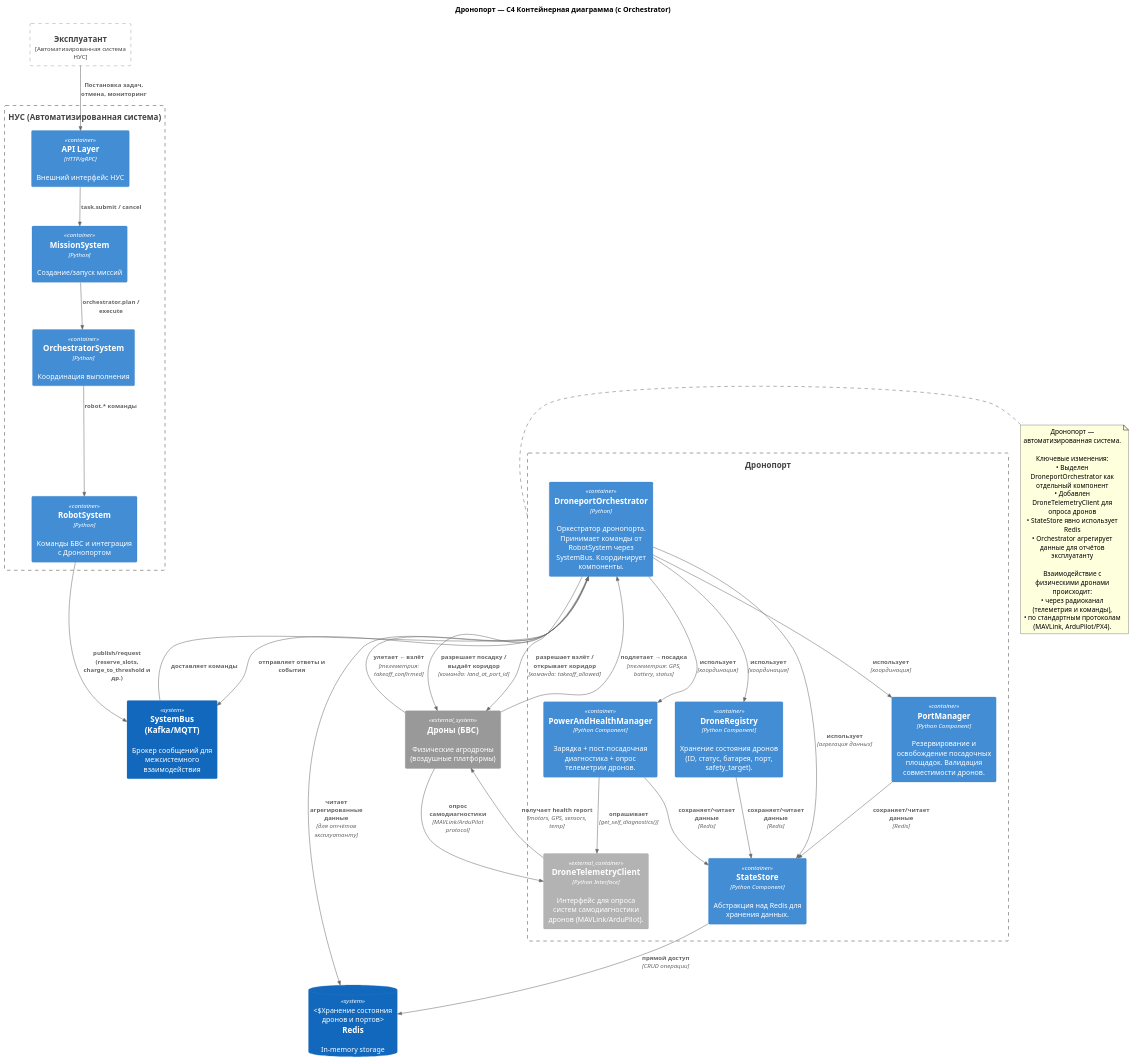
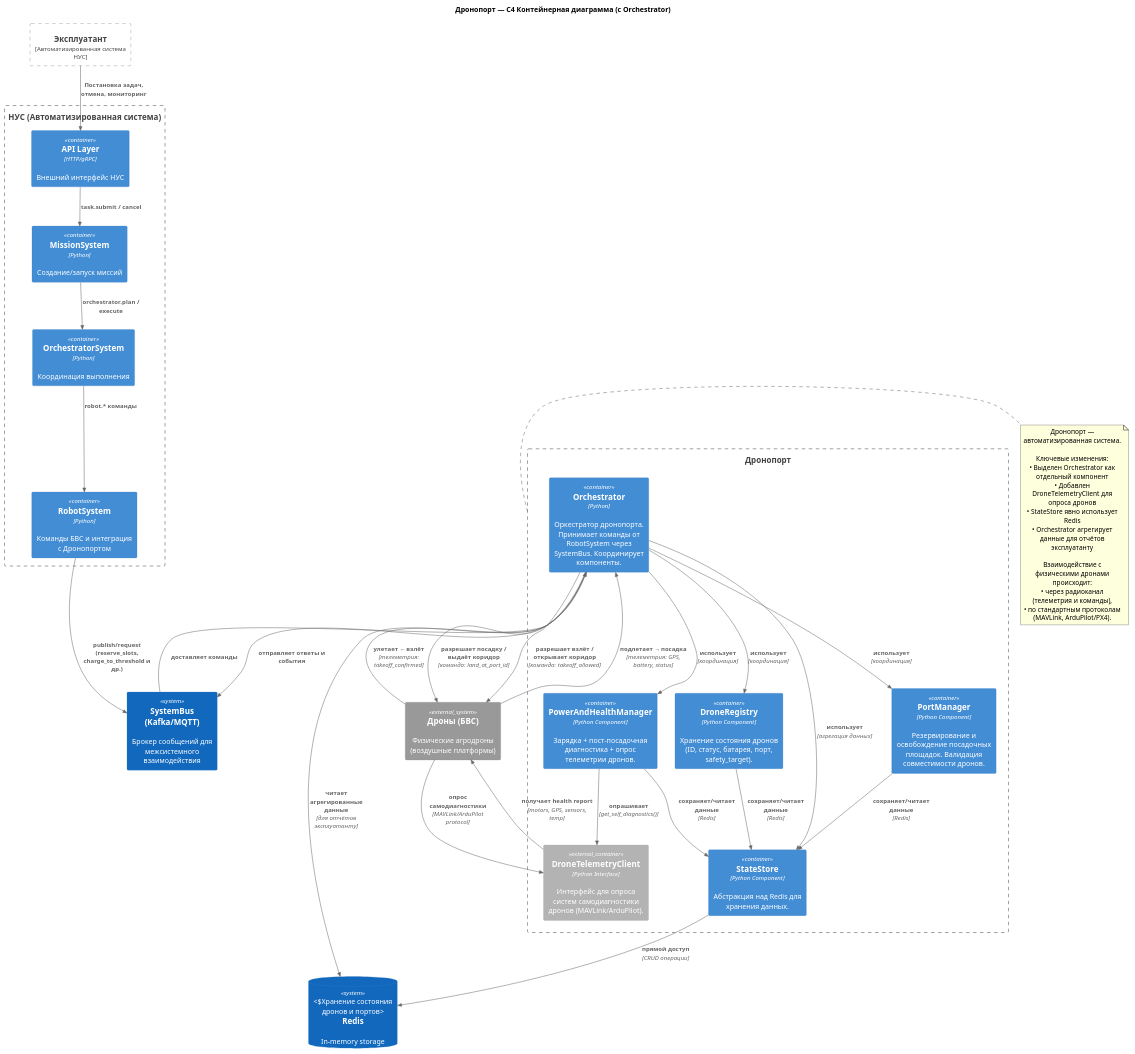
The diagram in systems/drone_port/docs/C4-scheme.puml (Kaitrye/DronePortGCS), drawn with PlantUML before and after one commit. The commit also changed 26 other files, not shown here.

```diff
--- a/systems/drone_port/docs/C4-scheme.puml
+++ b/systems/drone_port/docs/C4-scheme.puml
@@ -1,79 +1,79 @@
 @startuml
 !include https://raw.githubusercontent.com/plantuml-stdlib/C4-PlantUML/master/C4_Container.puml
 
 title Дронопорт — C4 Контейнерная диаграмма (с Orchestrator)
 
 Boundary(operator, "Эксплуатант", "Автоматизированная система НУС")
 
 Boundary(nus_boundary, "НУС (Автоматизированная система)") {
   Container(api_layer, "API Layer", "HTTP/gRPC", "Внешний интерфейс НУС")
   Container(mission_system, "MissionSystem", "Python", "Создание/запуск миссий")
   Container(orchestrator_nus, "OrchestratorSystem", "Python", "Координация выполнения")
   Container(robot_system, "RobotSystem", "Python", "Команды БВС и интеграция с Дронопортом")
 }
 
 Boundary(droneport_boundary, "Дронопорт") {
-  Container(droneport_orchestrator, "DroneportOrchestrator", "Python", "Оркестратор дронопорта. Принимает команды от RobotSystem через SystemBus. Координирует компоненты.")
+  Container(droneport_orchestrator, "Orchestrator", "Python", "Оркестратор дронопорта. Принимает команды от RobotSystem через SystemBus. Координирует компоненты.")
 
   Container(port_manager, "PortManager", "Python Component", "Резервирование и освобождение посадочных площадок. Валидация совместимости дронов.")
   Container(power_health, "PowerAndHealthManager", "Python Component", "Зарядка + пост-посадочная диагностика + опрос телеметрии дронов.")
   Container(drone_registry, "DroneRegistry", "Python Component", "Хранение состояния дронов (ID, статус, батарея, порт, safety_target).")
   Container(state_store, "StateStore", "Python Component", "Абстракция над Redis для хранения данных.")
   
   Container_Ext(telemetry_client, "DroneTelemetryClient", "Python Interface", "Интерфейс для опроса систем самодиагностики дронов (MAVLink/ArduPilot).")
 
   Rel(droneport_orchestrator, port_manager, "использует", "координация")
   Rel(droneport_orchestrator, power_health, "использует", "координация")
   Rel(droneport_orchestrator, drone_registry, "использует", "координация")
   Rel(droneport_orchestrator, state_store, "использует", "агрегация данных")
 
   Rel(port_manager, state_store, "сохраняет/читает данные", "Redis")
   Rel(power_health, state_store, "сохраняет/читает данные", "Redis")
   Rel(drone_registry, state_store, "сохраняет/читает данные", "Redis")
   
   Rel(power_health, telemetry_client, "опрашивает", "get_self_diagnostics()")
 }
 
 System(system_bus, "SystemBus (Kafka/MQTT)", "Брокер сообщений для межсистемного взаимодействия")
 SystemDb(redis_db, "Redis", "In-memory storage", "Хранение состояния дронов и портов")
 
 ' === Внешние физические системы ===
 System_Ext(drones, "Дроны (БВС)", "Физические агродроны (воздушные платформы)")
 
 Rel(operator, api_layer, "Постановка задач, отмена, мониторинг")
 Rel(api_layer, mission_system, "task.submit / cancel")
 Rel(mission_system, orchestrator_nus, "orchestrator.plan / execute")
 Rel(orchestrator_nus, robot_system, "robot.* команды")
 
 Rel(robot_system, system_bus, "publish/request\n(reserve_slots, charge_to_threshold и др.)")
 Rel(system_bus, droneport_orchestrator, "доставляет команды")
 Rel(droneport_orchestrator, system_bus, "отправляет ответы и события")
 
 Rel(droneport_orchestrator, redis_db, "читает агрегированные данные", "для отчётов эксплуатанту")
 Rel(state_store, redis_db, "прямой доступ", "CRUD операции")
 
 ' === Взаимодействие с физическими дронами ===
 Rel(drones, droneport_orchestrator, "подлетает → посадка", "телеметрия: GPS, battery, status")
 Rel(droneport_orchestrator, drones, "разрешает посадку / выдаёт коридор", "команда: land_at_port_id")
 Rel(drones, droneport_orchestrator, "улетает ← взлёт", "телеметрия: takeoff_confirmed")
 Rel(droneport_orchestrator, drones, "разрешает взлёт / открывает коридор", "команда: takeoff_allowed")
 
 Rel(drones, telemetry_client, "опрос самодиагностики", "MAVLink/ArduPilot protocol")
 Rel(telemetry_client, drones, "получает health report", "motors, GPS, sensors, temp")
 
 
 note right of droneport_boundary
   Дронопорт — автоматизированная система.
   
   Ключевые изменения:
-  • Выделен DroneportOrchestrator как отдельный компонент
+  • Выделен Orchestrator как отдельный компонент
   • Добавлен DroneTelemetryClient для опроса дронов
   • StateStore явно использует Redis
   • Orchestrator агрегирует данные для отчётов эксплуатанту
   
   Взаимодействие с физическими дронами происходит:
   • через радиоканал (телеметрия и команды),
   • по стандартным протоколам (MAVLink, ArduPilot/PX4).
 end note
 
 @enduml
```
